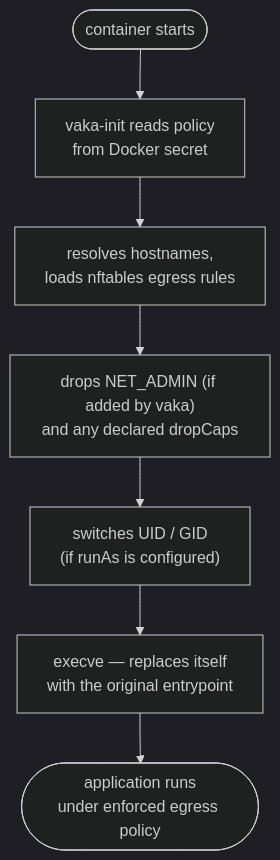
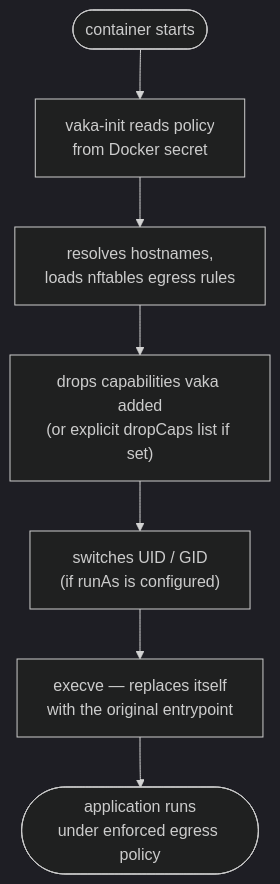
One commit to infrasecture/vaka changed the second of 2 diagrams in README.md. Above: the diagram before and after it, drawn with Mermaid (dark theme). The commit also changed other lines of this file, not shown here.

First line of the commit message:
docs: document dropCaps auto-compute and explicit override semantics

````diff
--- a/README.md
+++ b/README.md
@@ -53,9 +53,9 @@
 ```mermaid
 flowchart TB
     s(["container starts"]) --> i["vaka-init reads policy<br/>from Docker secret"]
     i --> f["resolves hostnames,<br/>loads nftables egress rules"]
-    f --> d["drops NET_ADMIN (if added by vaka)<br/>and any declared dropCaps"]
+    f --> d["drops capabilities vaka added<br/>(or explicit dropCaps list if set)"]
     d --> u["switches UID / GID<br/>(if runAs is configured)"]
     u --> e["execve — replaces itself<br/>with the original entrypoint"]
     e --> a(["application runs<br/>under enforced egress policy"])
 ```
````
